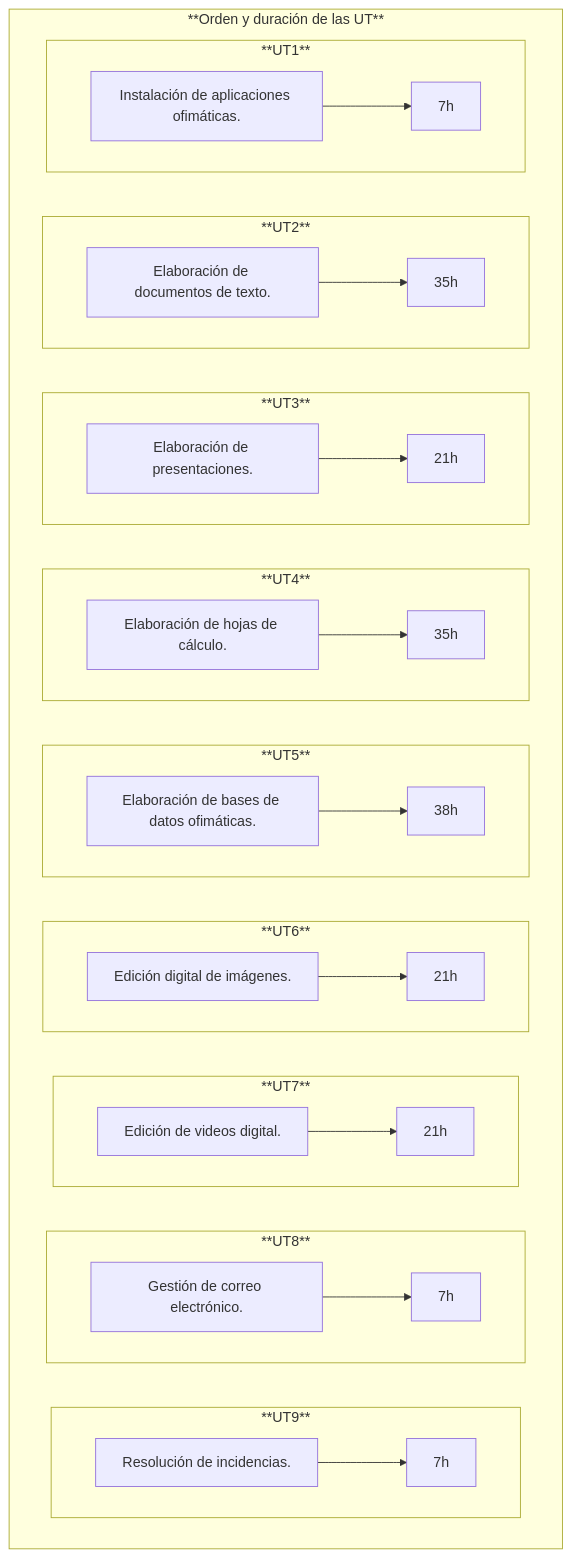
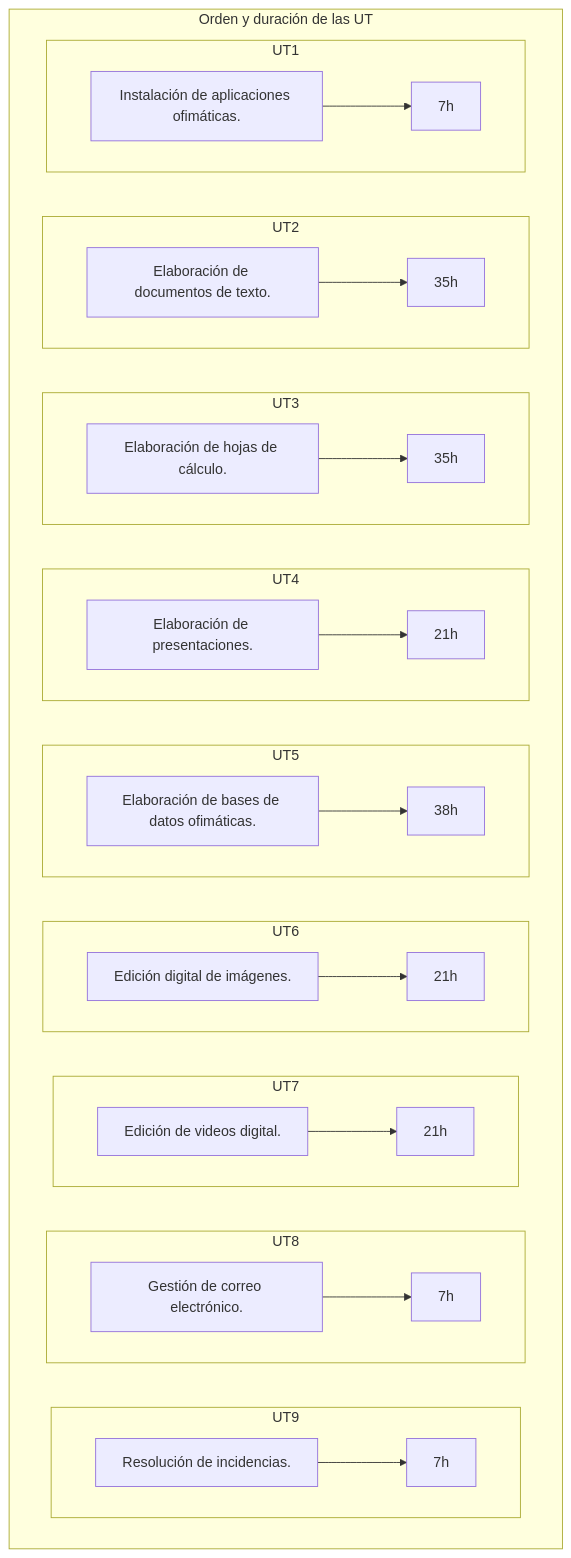
One commit to javieregeablasco/Apuntes changed the diagram in docs/SMX/SMX_1/AO/00_Temario.md. Above: the diagram before and after it, drawn with Mermaid. The commit also changed other lines of this file and 2 other files, not shown here.

````diff
--- a/docs/SMX/SMX_1/AO/00_Temario.md
+++ b/docs/SMX/SMX_1/AO/00_Temario.md
@@ -358,71 +344,70 @@
 ```mermaid
-flowchart TB 
+flowchart TB
   A["Instalación de aplicaciones ofimáticas."]
   B["Elaboración de documentos de texto."]
-  C["Elaboración de presentaciones."]
-  D["Elaboración de hojas de cálculo."]
+  C["Elaboración de hojas de cálculo."]
+  D["Elaboración de presentaciones."]
   E["Elaboración de bases de datos ofimáticas."]
   F["Edición digital de imágenes."]
   G["Edición de videos digital."]
   H["Gestión de correo electrónico."]
   I["Resolución de incidencias."]
   AA["7h"]
   BB["35h"]
-  CC["21h"]
-  DD["35h"]
+  CC["35h"]
+  DD["21h"]
   EE["38h"]
   FF["21h"]
   GG["21h"]
   HH["7h"]
   II["7h"]
 
+  subgraph Orden y duración de las UT
 
-  subgraph **Orden y duración de las UT**
-
-    subgraph **UT9** 
+    subgraph UT9 
       direction LR
       I --> II
     end
     
-    subgraph **UT8**  
+    subgraph UT8  
       direction LR
       H --> HH
     end
     
-    subgraph **UT7**  
+    subgraph UT7  
       direction LR
       G --> GG
     end
     
-    subgraph **UT6**  
+    subgraph UT6  
       direction LR
       F --> FF
     end
     
-    subgraph **UT5**  
+    subgraph UT5  
       direction LR
       E --> EE
     end
     
-    subgraph **UT4**  
+    subgraph UT4  
       direction LR
       D --> DD
     end
     
-    subgraph **UT3**  
+    subgraph UT3  
       direction LR
       C --> CC
     end
 
-    subgraph **UT2** 
+    subgraph UT2 
       direction LR
       B --> BB
     end  
 
-    subgraph **UT1** 
+    subgraph UT1 
       direction LR
       A --> AA  
     end
 
   end
 ```
````
